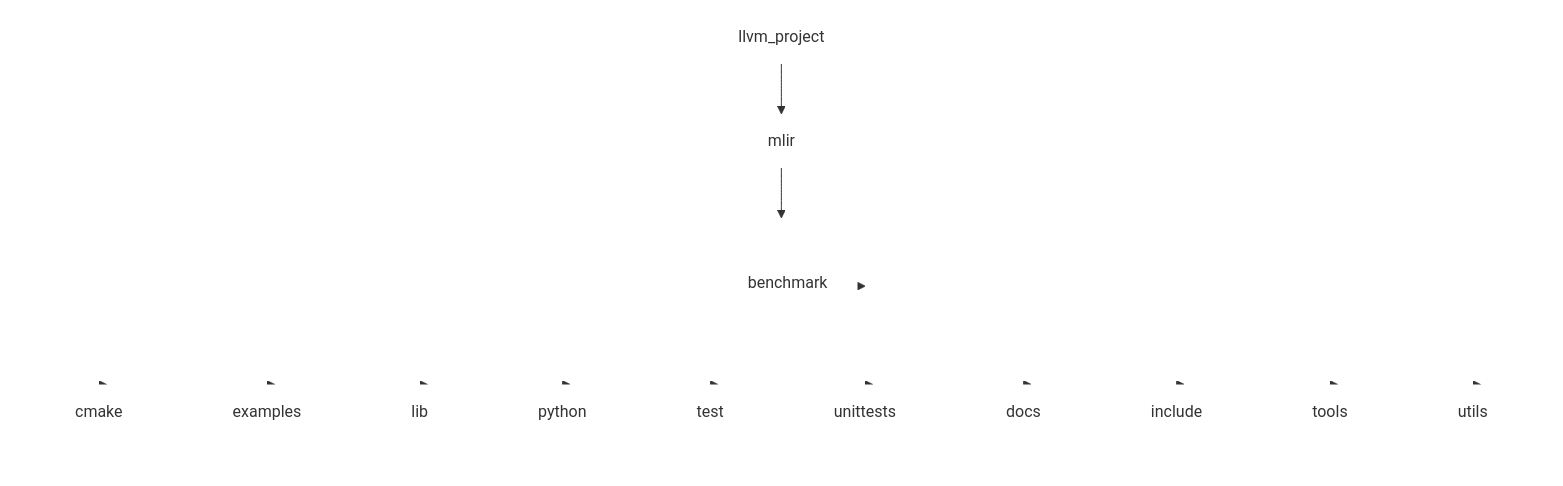
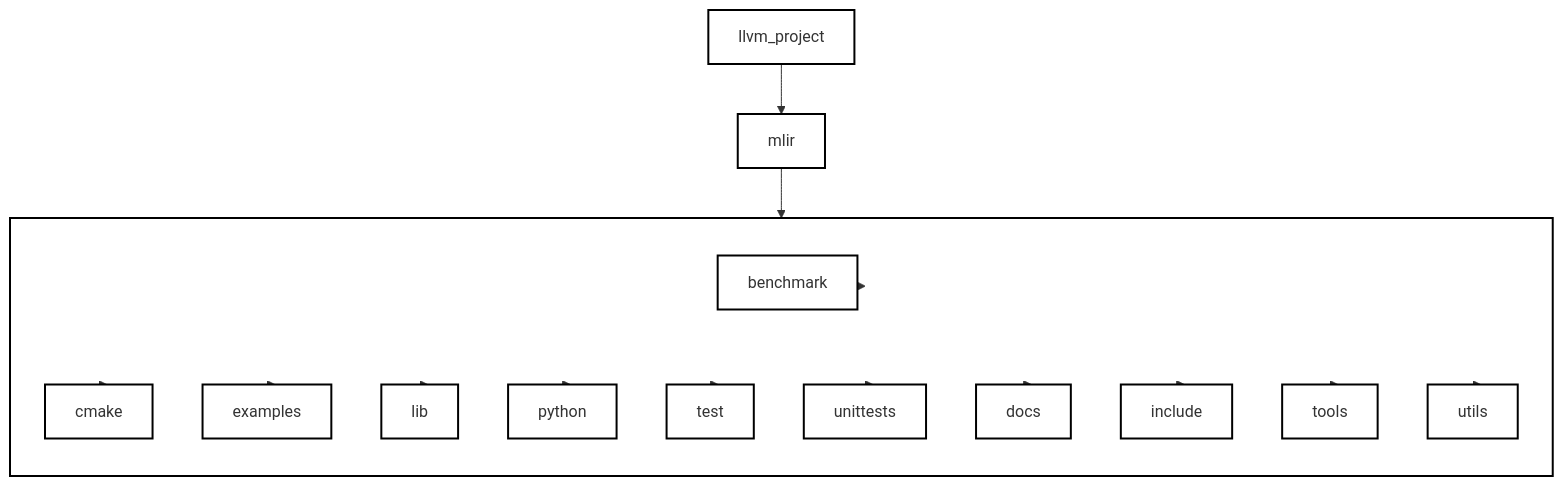
The third of 3 diagrams in Introduction.md (Ameya674/mlir_for_beginners), drawn with Mermaid before and after one commit.

````diff
--- a/Introduction.md
+++ b/Introduction.md
@@ -142,40 +142,40 @@
 ```mermaid
 graph TD
   llvm_project["llvm_project"]
   mlir["mlir"]
 
   llvm_project --> mlir
 
   subgraph mlir_subgraph[ ]
     direction TB
     benchmark
     cmake
     examples
     lib
     python
     test
     unittests
     docs
     include
     tools
     utils
   end
 
   mlir --> mlir_subgraph
 
   mlir_subgraph --> benchmark
   mlir_subgraph --> cmake
   mlir_subgraph --> examples
   mlir_subgraph --> lib
   mlir_subgraph --> python
   mlir_subgraph --> test
   mlir_subgraph --> unittests
   mlir_subgraph --> docs
   mlir_subgraph --> include
   mlir_subgraph --> tools
   mlir_subgraph --> utils
 
-  classDef default fill:#fff,stroke:#000,stroke-width:0px;
+  classDef default fill:#fff,stroke:#000,stroke-width:2px;
   class mlir,mlir_subgraph default;
 
 ```
````
